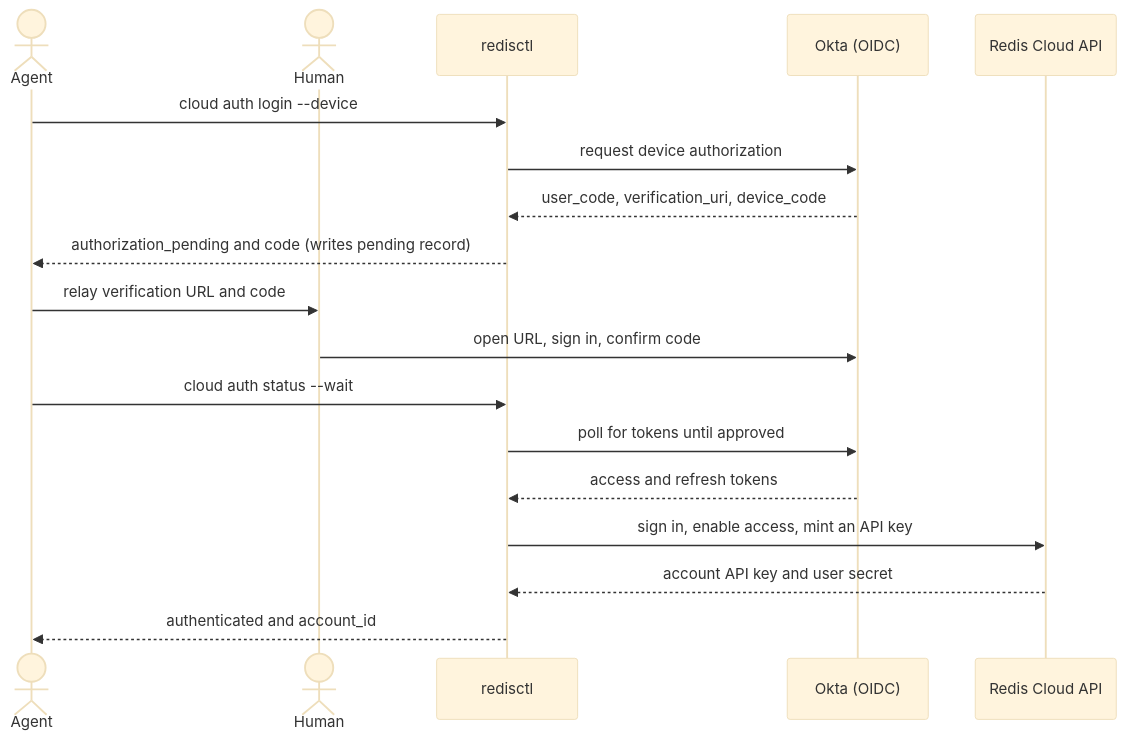
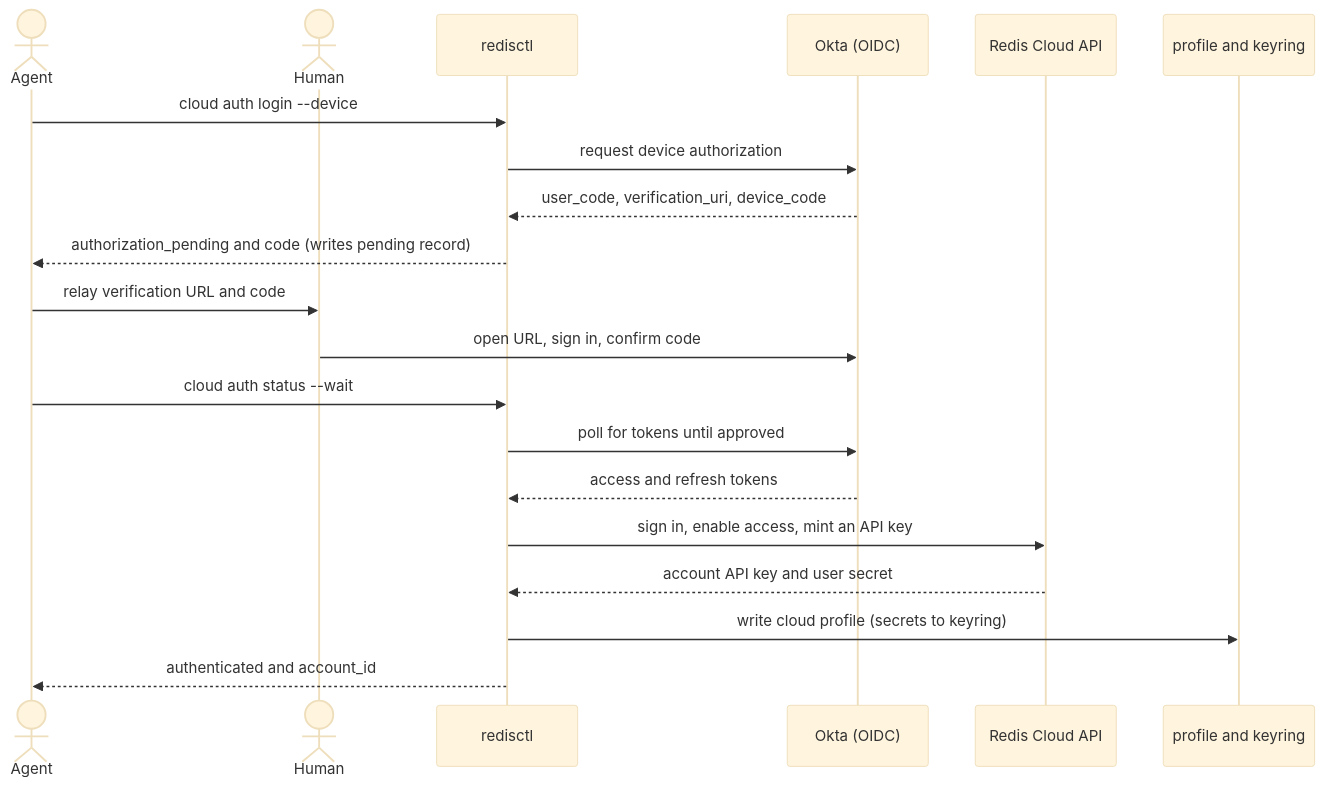
Before and after one commit to redis/redisctl: the second of 2 diagrams in docs/docs/cloud/commands/auth.md, drawn with Mermaid (base theme). The commit also changed 1 other file, not shown here.

Commit message:
fix(cli): correct the device-flow instructions and its documented sequence
Two inaccuracies about the same flow.

The printed instructions said "confirm the code: XXXX" while also printing
`verification_uri_complete`, which already carries the code. Okta pre-fills the
field from that link, so the code is confirmed rather than typed. The wording now
says so, and the bare verification URI keeps "enter the code" since that path
does require typing it. The step itself cannot be skipped — RFC 8628 §3.3.1
requires explicit confirmation when the code travels in the URI.

The device-flow sequence diagram omitted persistence entirely: it ended at
"authenticated and account_id" with no `profile and keyring` participant, reading
as though the device flow hands the key back and forgets it. Both flows converge
on the same exchange and persist identically, so it now matches the loopback
diagram. The genuine difference — the pending record, which only the device flow
writes — was already shown.

````diff
--- a/docs/docs/cloud/commands/auth.md
+++ b/docs/docs/cloud/commands/auth.md
@@ -75,20 +75,22 @@
 ```mermaid
 sequenceDiagram
     actor A as Agent
     actor H as Human
     participant CLI as redisctl
     participant OK as Okta (OIDC)
     participant SM as Redis Cloud API
+    participant CFG as profile and keyring
     A->>CLI: cloud auth login --device
     CLI->>OK: request device authorization
     OK-->>CLI: user_code, verification_uri, device_code
     CLI-->>A: authorization_pending and code (writes pending record)
     A->>H: relay verification URL and code
     H->>OK: open URL, sign in, confirm code
     A->>CLI: cloud auth status --wait
     CLI->>OK: poll for tokens until approved
     OK-->>CLI: access and refresh tokens
     CLI->>SM: sign in, enable access, mint an API key
     SM-->>CLI: account API key and user secret
+    CLI->>CFG: write cloud profile (secrets to keyring)
     CLI-->>A: authenticated and account_id
 ```
````
